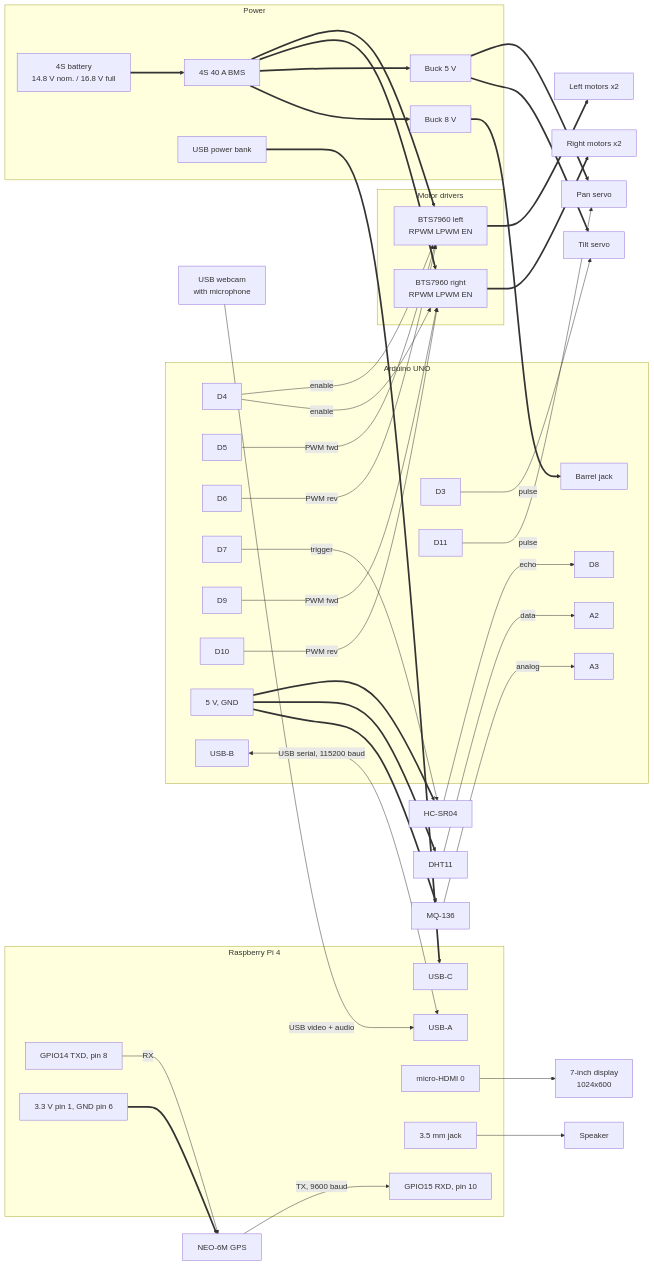
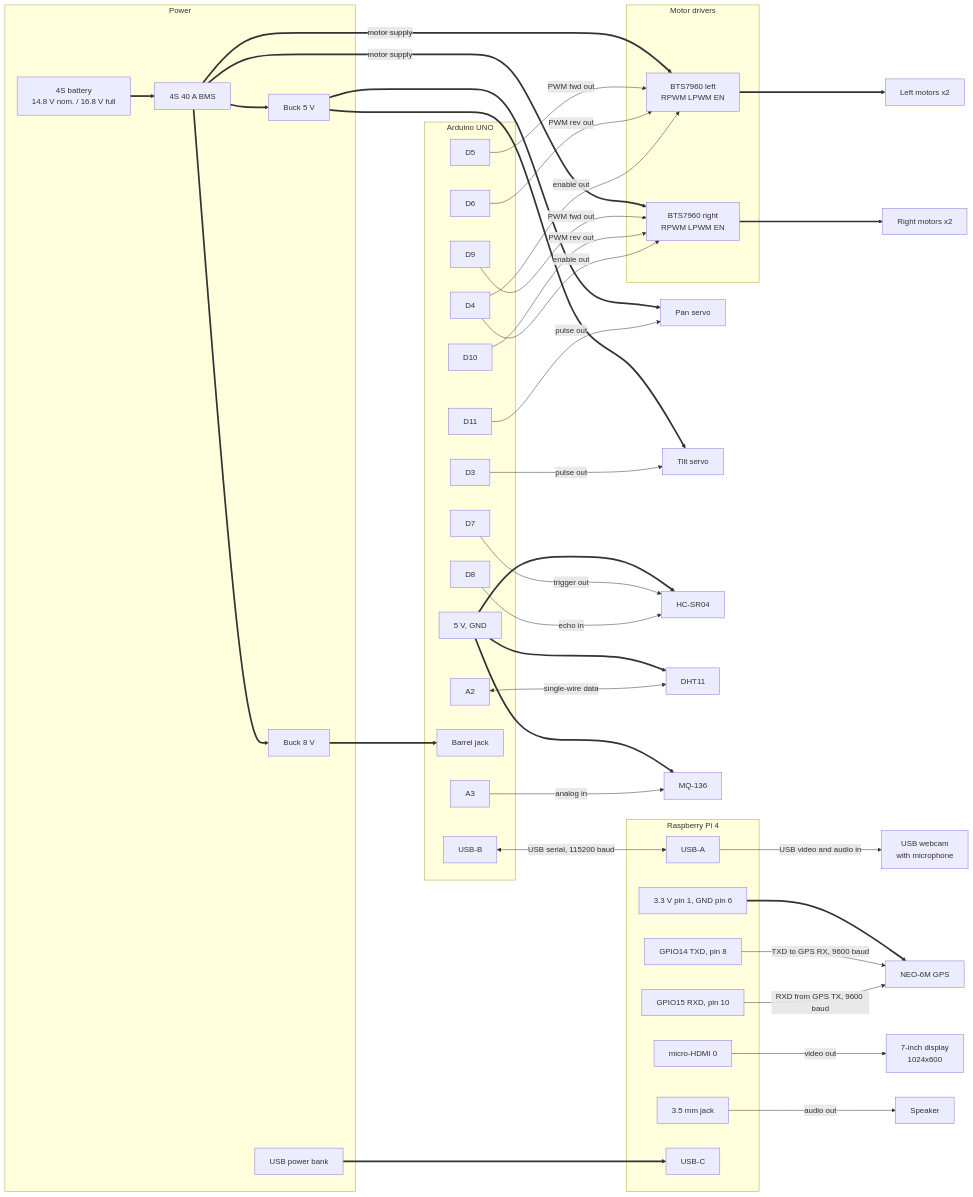
One commit to baiust999/robort-code-from-pi changed the fourth of 21 diagrams in research paper/section3_methodology.md. Above: the diagram before and after it, drawn with Mermaid. The commit also changed other lines of this file and 2 other files, not shown here.

````diff
--- a/research paper/section3_methodology.md
+++ b/research paper/section3_methodology.md
@@ -199,38 +204,38 @@
   SPK["Speaker"]
 
   BAT ==> BMS
-  BMS ==> BL
-  BMS ==> BR
+  BMS ==> BK8
   BMS ==> BK5
-  BMS ==> BK8
+  BMS == "motor supply" ==> BL
+  BMS == "motor supply" ==> BR
+  BK8 ==> JACK
   BK5 ==> SP
   BK5 ==> ST
-  BK8 ==> JACK
   V5 ==> US
   V5 ==> DHT
   V5 ==> MQ
   PB ==> PIN
   P33 ==> GPS
-
-  D5 -- "PWM fwd" --> BL
-  D6 -- "PWM rev" --> BL
-  D9 -- "PWM fwd" --> BR
-  D10 -- "PWM rev" --> BR
-  D4 -- "enable" --> BL
-  D4 -- "enable" --> BR
   BL ==> ML
   BR ==> MR
-  D11 -- "pulse" --> SP
-  D3 -- "pulse" --> ST
-  D7 -- "trigger" --> US
-  US -- "echo" --> D8
-  DHT -- "data" --> A2
-  MQ -- "analog" --> A3
+
+  D5 -- "PWM fwd out" --> BL
+  D6 -- "PWM rev out" --> BL
+  D9 -- "PWM fwd out" --> BR
+  D10 -- "PWM rev out" --> BR
+  D4 -- "enable out" --> BL
+  D4 -- "enable out" --> BR
+  D11 -- "pulse out" --> SP
+  D3 -- "pulse out" --> ST
+  D7 -- "trigger out" --> US
+  D8 -- "echo in" --> US
+  A2 <-- "single-wire data" --> DHT
+  A3 -- "analog in" --> MQ
 
   UUSB <-- "USB serial, 115200 baud" --> PUSB
-  CAM -- "USB video + audio" --> PUSB
-  GPS -- "TX, 9600 baud" --> G15
-  G14 -- "RX" --> GPS
-  HDMI --> LCD
-  AJ --> SPK
+  PUSB -- "USB video and audio in" --> CAM
+  G14 -- "TXD to GPS RX, 9600 baud" --> GPS
+  G15 -- "RXD from GPS TX, 9600 baud" --> GPS
+  HDMI -- "video out" --> LCD
+  AJ -- "audio out" --> SPK
 ```
````
